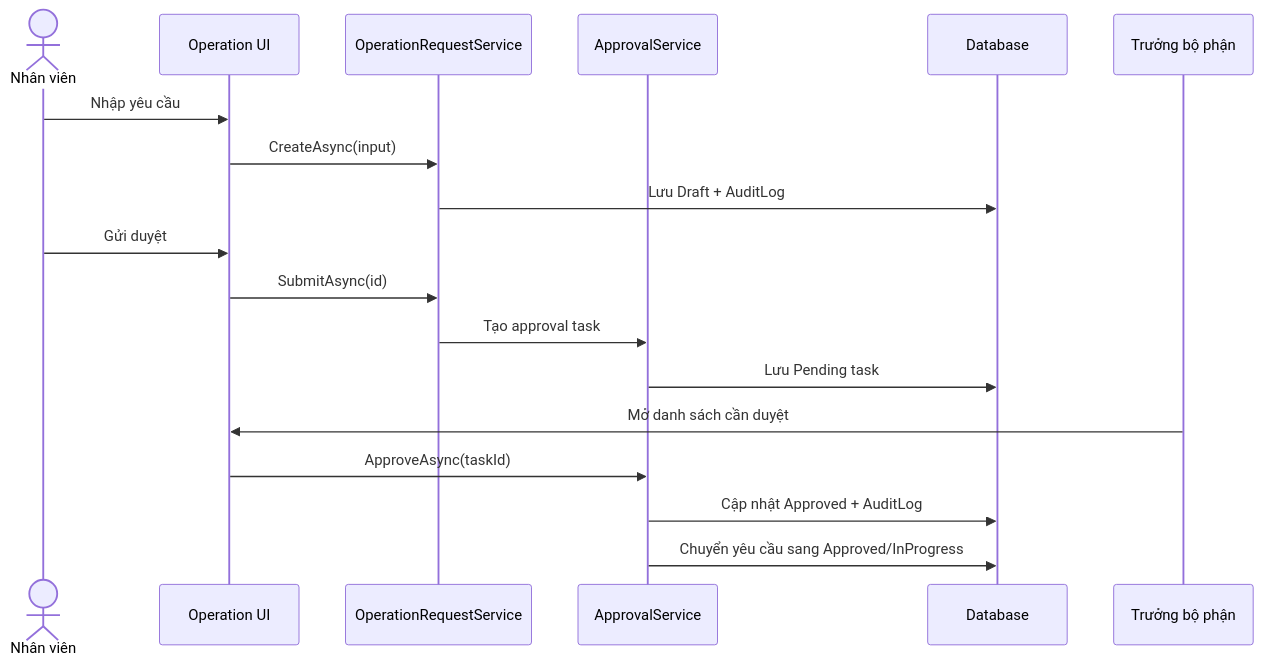
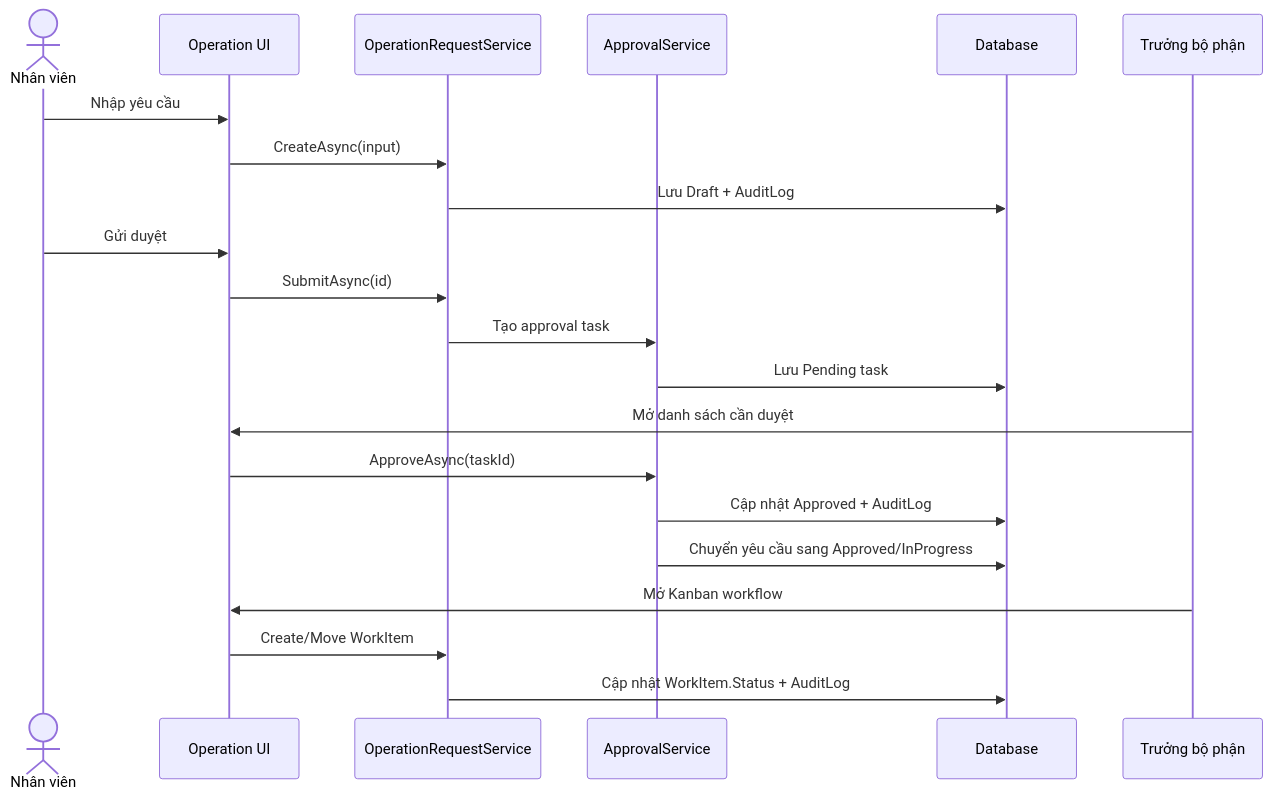
One commit to quanptatb/OmniBizAI changed the seventh of 10 diagrams in docs/02-Graduation-Project-Report.md. Above: the diagram before and after it, drawn with Mermaid. The commit also changed other lines of this file and 15 other files, not shown here.

Commit message:
feat: implement workflow operations module with Kanban board, task details, and approval tracking

````diff
--- a/docs/02-Graduation-Project-Report.md
+++ b/docs/02-Graduation-Project-Report.md
@@ -318,21 +341,24 @@
 ```mermaid
 sequenceDiagram
     actor Staff as Nhân viên
     participant UI as Operation UI
     participant Ops as OperationRequestService
     participant Flow as ApprovalService
     participant DB as Database
     participant Manager as Trưởng bộ phận
 
     Staff->>UI: Nhập yêu cầu
     UI->>Ops: CreateAsync(input)
     Ops->>DB: Lưu Draft + AuditLog
     Staff->>UI: Gửi duyệt
     UI->>Ops: SubmitAsync(id)
     Ops->>Flow: Tạo approval task
     Flow->>DB: Lưu Pending task
     Manager->>UI: Mở danh sách cần duyệt
     UI->>Flow: ApproveAsync(taskId)
     Flow->>DB: Cập nhật Approved + AuditLog
     Flow->>DB: Chuyển yêu cầu sang Approved/InProgress
+    Manager->>UI: Mở Kanban workflow
+    UI->>Ops: Create/Move WorkItem
+    Ops->>DB: Cập nhật WorkItem.Status + AuditLog
 ```
````
